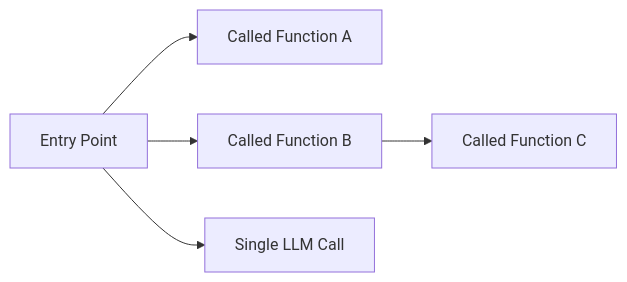
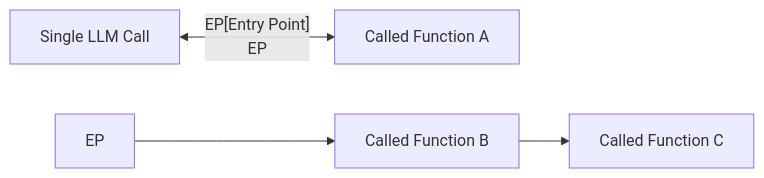
Before and after one commit to CoinFabrik/scout-agent: the fourth of 9 diagrams in docs/AI Agents Survey.md, drawn with Mermaid. The commit also changed other lines of this file, not shown here.

````diff
--- a/docs/AI Agents Survey.md
+++ b/docs/AI Agents Survey.md
@@ -87,8 +98,8 @@
 ```mermaid
 flowchart LR
-    EP[Entry Point]
+    LLM[Single LLM Call]
+    LLM <-- EP[Entry Point]
     EP --> C1[Called Function A]
     EP --> C2[Called Function B]
     C2 --> C3[Called Function C]
-    EP --> LLM[Single LLM Call]
 ```
````
